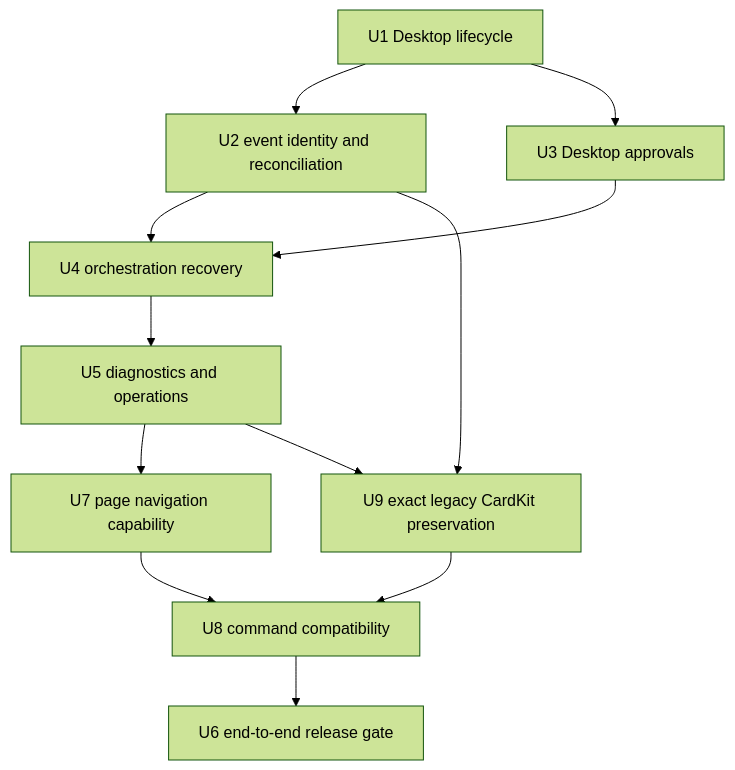
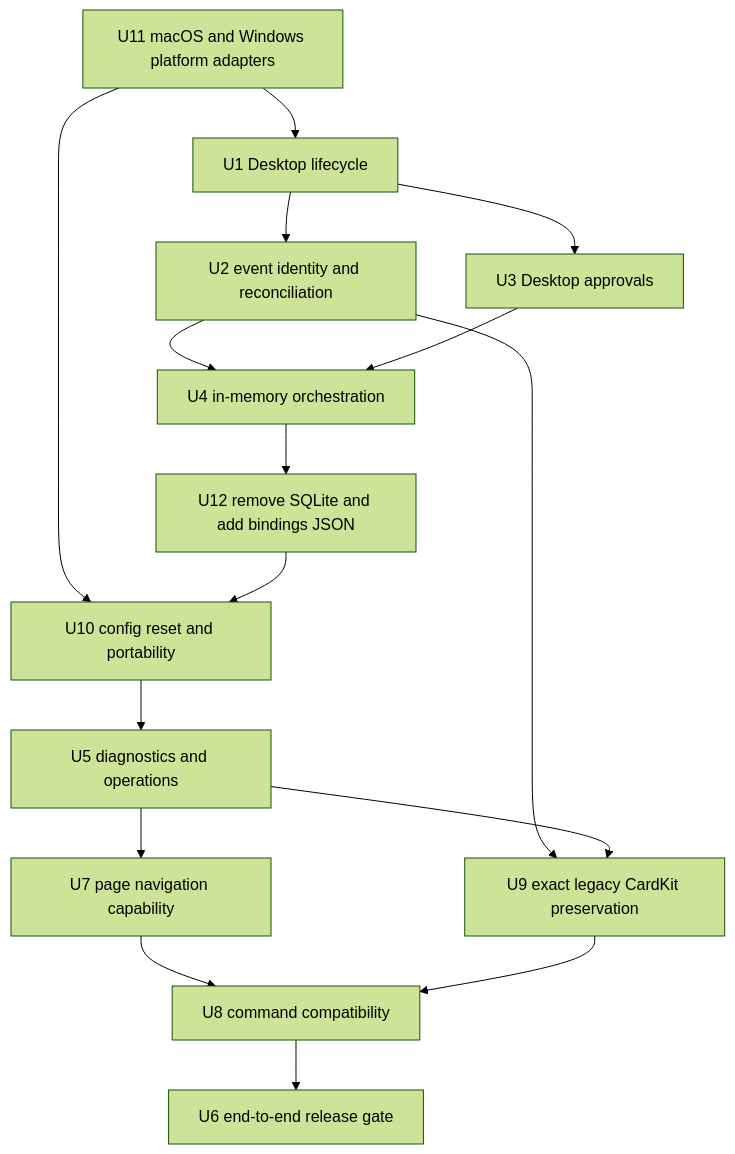
One commit to jylaxp/codex-feishu-bridge changed the third of 4 diagrams in docs/plans/2026-07-14-001-feat-feishu-chatgpt-desktop-ipc-bridge-plan.md. Above: the diagram before and after it, drawn with Mermaid (forest theme). The commit also changed other lines of this file and 9 other files, not shown here.

Commit message:
feat: add desktop ipc platform lifecycle

````diff
--- a/docs/plans/2026-07-14-001-feat-feishu-chatgpt-desktop-ipc-bridge-plan.md
+++ b/docs/plans/2026-07-14-001-feat-feishu-chatgpt-desktop-ipc-bridge-plan.md
@@ -342,14 +438,18 @@
 ```mermaid
 flowchart TB
-    U1["U1 Desktop lifecycle"] --> U2["U2 event identity and reconciliation"]
+    U11["U11 macOS and Windows platform adapters"] --> U1["U1 Desktop lifecycle"]
+    U1 --> U2["U2 event identity and reconciliation"]
     U1 --> U3["U3 Desktop approvals"]
-    U2 --> U4["U4 orchestration recovery"]
+    U2 --> U4["U4 in-memory orchestration"]
     U3 --> U4
-    U4 --> U5["U5 diagnostics and operations"]
+    U4 --> U12["U12 remove SQLite and add bindings JSON"]
+    U11 --> U10["U10 config reset and portability"]
+    U12 --> U10
+    U10 --> U5["U5 diagnostics and operations"]
     U5 --> U7["U7 page navigation capability"]
     U2 --> U9["U9 exact legacy CardKit preservation"]
     U5 --> U9
     U7 --> U8["U8 command compatibility"]
     U9 --> U8
     U8 --> U6["U6 end-to-end release gate"]
 ```
````
